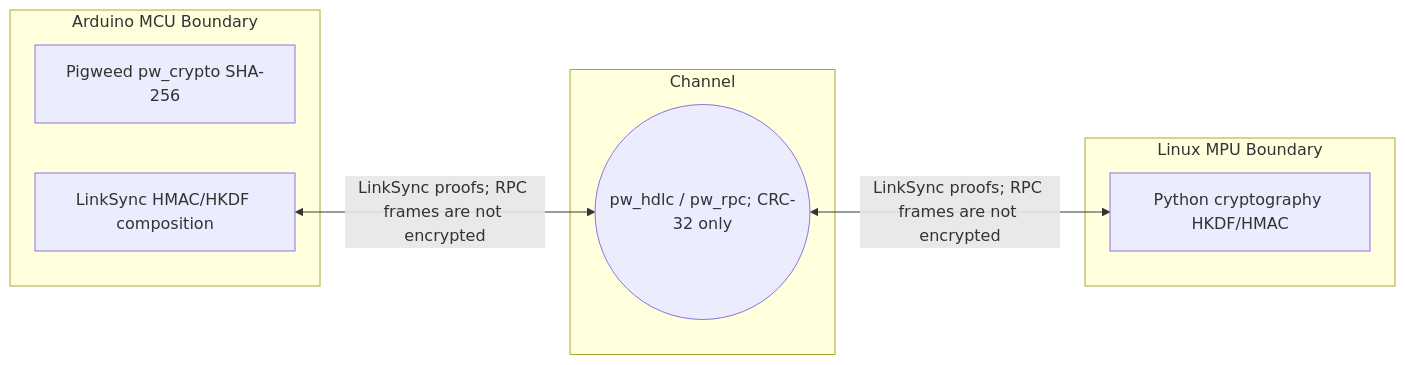
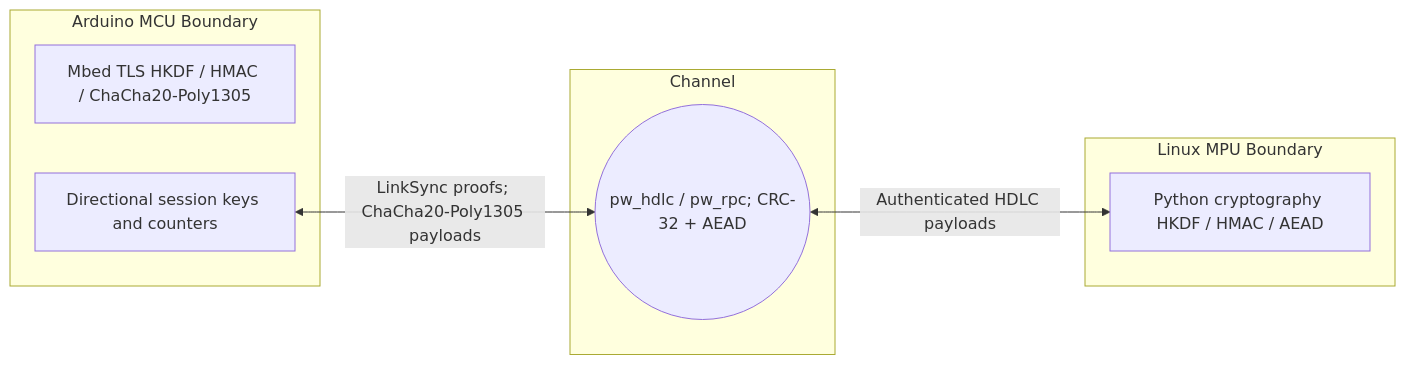
The diagram in docs/security/FIPS140_3_SECURITY_POLICY.md (isantolin/arduino-yun-bridge2), drawn with Mermaid before and after one commit. The commit also changed other lines of this file and 11 other files, not shown here.

Commit message:
feat(security): Enhance link authentication and encryption with ChaCha20-Poly1305 and session key derivation

````diff
--- a/docs/security/FIPS140_3_SECURITY_POLICY.md
+++ b/docs/security/FIPS140_3_SECURITY_POLICY.md
@@ -12,18 +12,18 @@
 ```mermaid
 graph LR
     subgraph Arduino MCU Boundary
-        A[Pigweed pw_crypto SHA-256]
-        B[LinkSync HMAC/HKDF composition]
+        A[Mbed TLS HKDF / HMAC / ChaCha20-Poly1305]
+        B[Directional session keys and counters]
     end
 
     subgraph Channel
-        UART((pw_hdlc / pw_rpc; CRC-32 only))
+        UART((pw_hdlc / pw_rpc; CRC-32 + AEAD))
     end
 
     subgraph Linux MPU Boundary
-        D[Python cryptography HKDF/HMAC]
+        D[Python cryptography HKDF / HMAC / AEAD]
     end
 
-    B <-->|LinkSync proofs; RPC frames are not encrypted| UART
-    UART <-->|LinkSync proofs; RPC frames are not encrypted| D
+    B <-->|LinkSync proofs; ChaCha20-Poly1305 payloads| UART
+    UART <-->|Authenticated HDLC payloads| D
 ```
````
